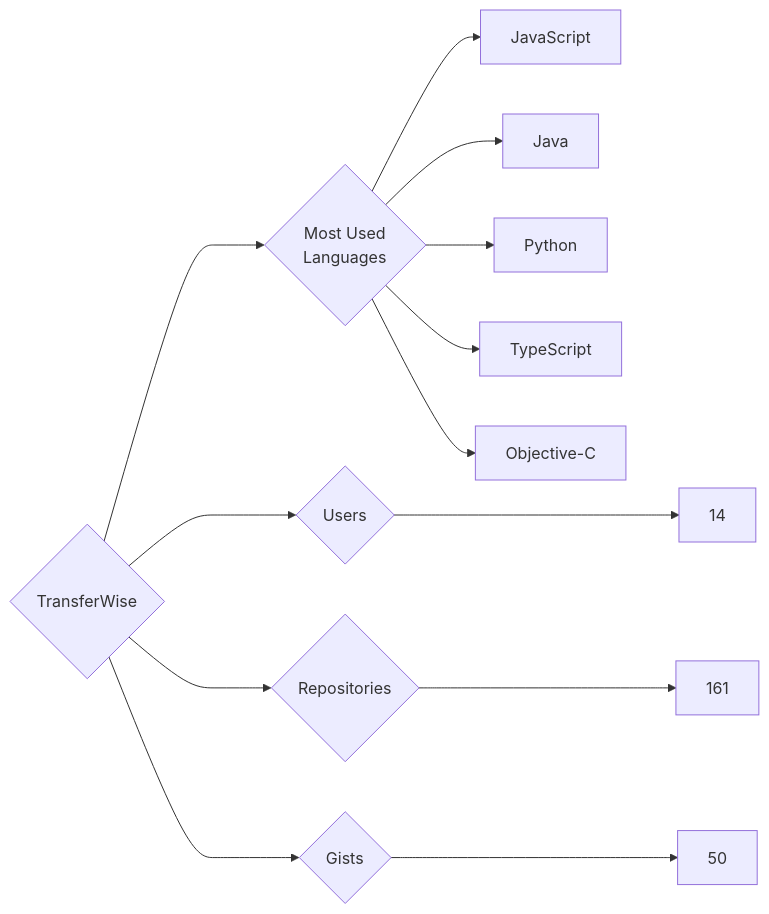
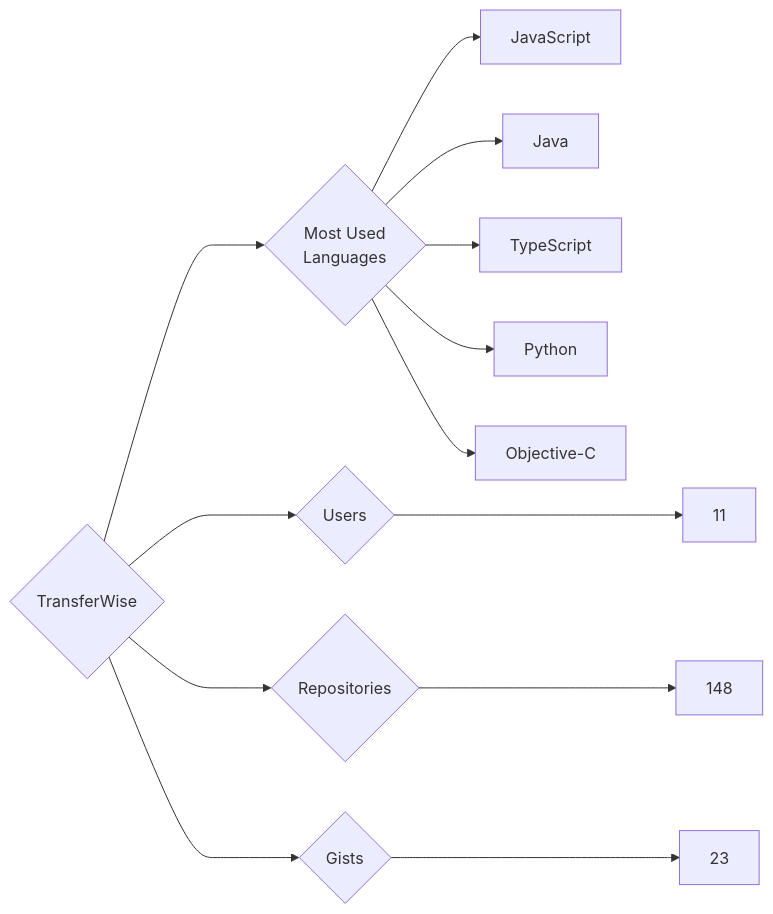
The diagram in targets/TransferWise/README.md (trickest/insiders), drawn with Mermaid before and after one commit. The commit also changed 953 other files, not shown here.

````diff
--- a/targets/TransferWise/README.md
+++ b/targets/TransferWise/README.md
@@ -3,13 +3,13 @@
 ```mermaid
 graph LR
 COMPANY_NAME{TransferWise}
-COMPANY_NAME ---> U{Users} ---> UN[14]
-COMPANY_NAME ---> R{Repositories} ---> RN[161]
-COMPANY_NAME ---> G{Gists} ---> GN[50]
+COMPANY_NAME ---> U{Users} ---> UN[11]
+COMPANY_NAME ---> R{Repositories} ---> RN[148]
+COMPANY_NAME ---> G{Gists} ---> GN[23]
 COMPANY_NAME ---> ML{Most Used<br>Languages}
 ML --> JavaScript[JavaScript]
 ML --> Java[Java]
+ML --> TypeScript[TypeScript]
 ML --> Python[Python]
-ML --> TypeScript[TypeScript]
 ML --> Objective-C[Objective-C]
 ```
````
